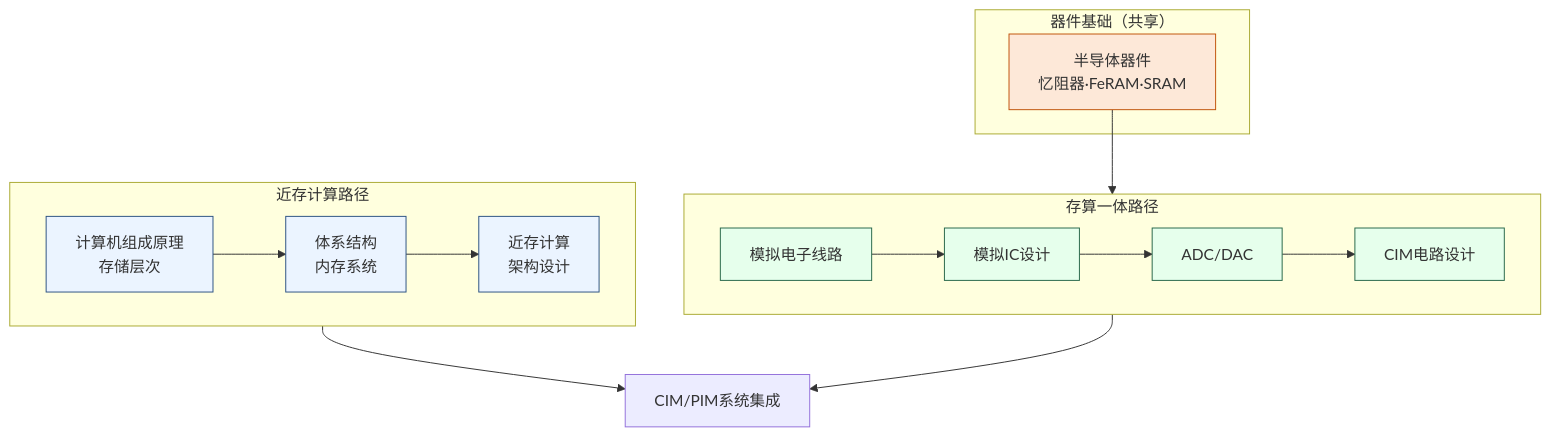
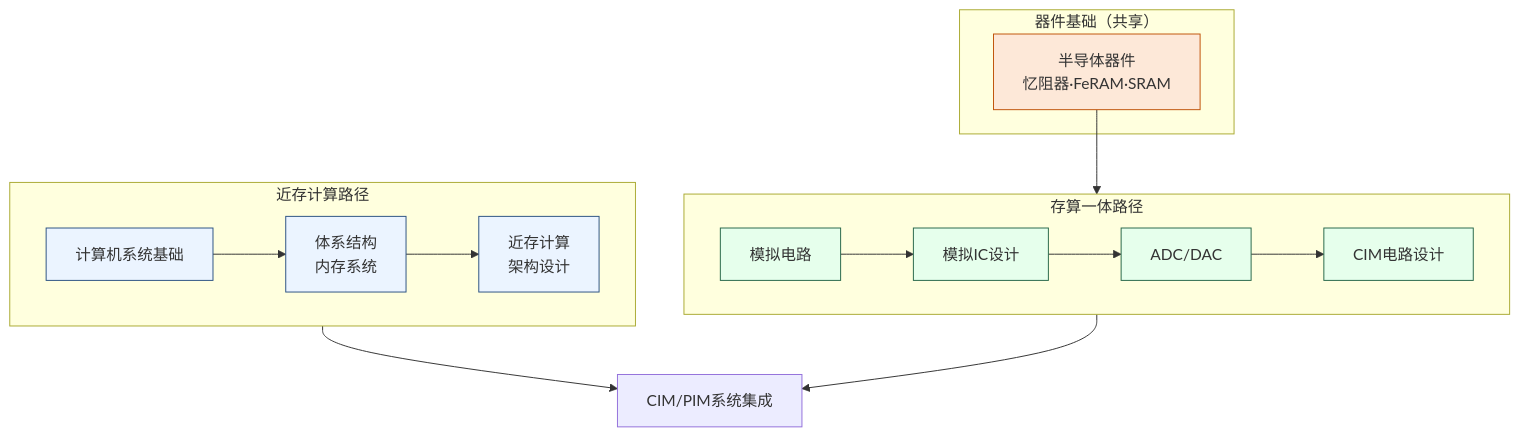
The diagram in docs/科研方向/存算一体与近存计算.md (Crys-Chen/ic-guide), drawn with Mermaid before and after one commit. The commit also changed other lines of this file and 5 other files, not shown here.

````diff
--- a/docs/科研方向/存算一体与近存计算.md
+++ b/docs/科研方向/存算一体与近存计算.md
@@ -39,26 +56,26 @@
 ```mermaid
 graph TB
     subgraph CIM["存算一体路径"]
         direction LR
-        A1["模拟电子线路"] --> A2["模拟IC设计"] --> A3["ADC/DAC"] --> A4["CIM电路设计"]
+        A1["模拟电路"] --> A2["模拟IC设计"] --> A3["ADC/DAC"] --> A4["CIM电路设计"]
     end
 
     subgraph PIM["近存计算路径"]
         direction LR
-        B1["计算机组成原理\n存储层次"] --> B2["体系结构\n内存系统"] --> B3["近存计算\n架构设计"]
+        B1["计算机系统基础"] --> B2["体系结构\n内存系统"] --> B3["近存计算\n架构设计"]
     end
 
     subgraph Dev["器件基础（共享）"]
         C1["半导体器件\n忆阻器·FeRAM·SRAM"]
     end
 
     C1 --> A4
     A4 & B3 --> D["CIM/PIM系统集成"]
 
     classDef cim fill:#E6FFEC,stroke:#276749
     classDef pim fill:#EBF4FF,stroke:#2C5282
     classDef dev fill:#FDE8D8,stroke:#C0530A
     class A1,A2,A3,A4 cim
     class B1,B2,B3 pim
     class C1 dev
 ```
````
